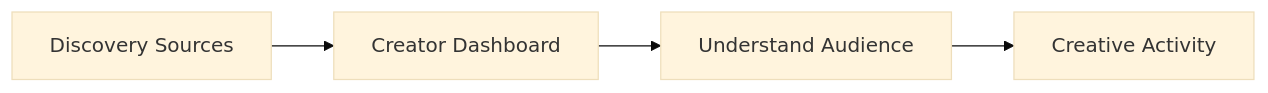
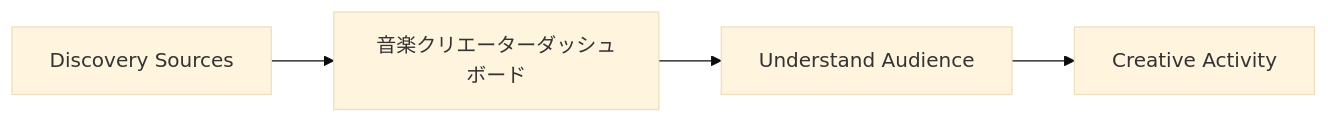
One commit to ShigeichiroYamasaki/creator-first-platform changed diagram 23 of 35 in docs/whitepaper/08-discovery-community.md. Above: the diagram before and after it, drawn with Mermaid (base theme). The commit also changed other lines of this file and 67 other files, not shown here.

````diff
--- a/docs/whitepaper/08-discovery-community.md
+++ b/docs/whitepaper/08-discovery-community.md
@@ -802,8 +802,8 @@
 ```mermaid
 flowchart LR
     DISC[Discovery Sources]
-    DISC --> DASH[Creator Dashboard]
+    DISC --> DASH[音楽クリエーターダッシュボード]
 
     DASH --> ANALYZE[Understand Audience]
     ANALYZE --> CREATE[Creative Activity]
 ```
````
